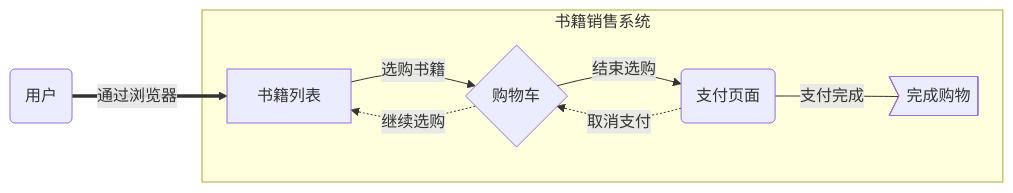
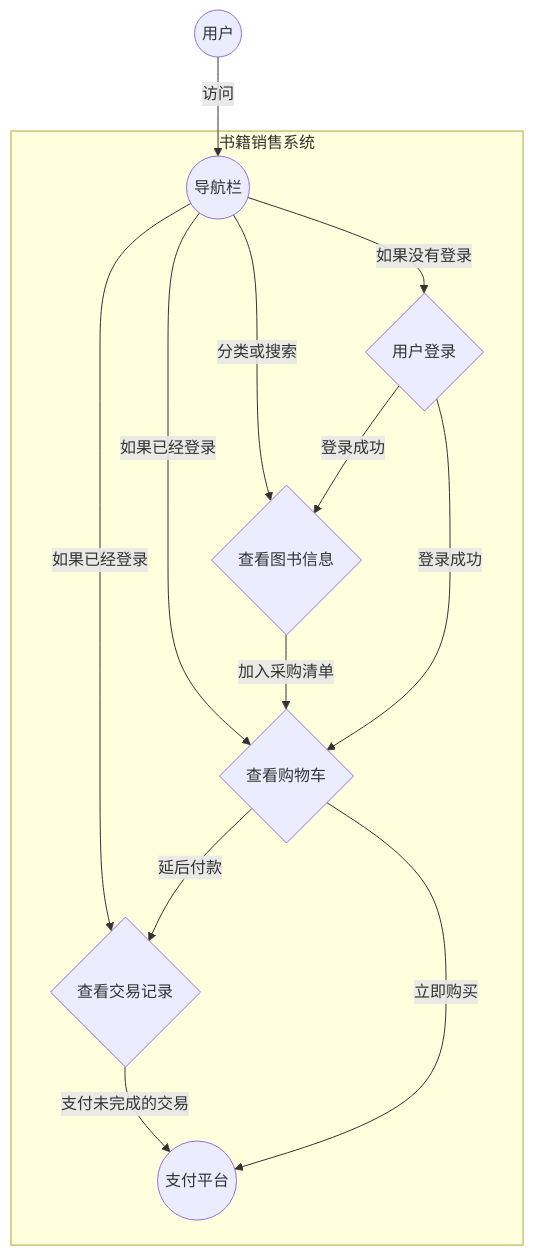
The second of 6 diagrams in src/03_第三章.md (owlman/markdown_guide), drawn with Mermaid before and after one commit. The commit also changed other lines of this file and 3 other files, not shown here.

````diff
--- a/src/03_第三章.md
+++ b/src/03_第三章.md
@@ -471,11 +476,16 @@
 ```Mermaid
-graph LR
-    id1(用户) ==通过浏览器==> id2[书籍列表]
+graph TD
+    id1((用户)) --访问--> id2((导航栏))
     subgraph 书籍销售系统
-        id2 --选购书籍--> id3{购物车}
-        id3 -.继续选购.-> id2
-        id3 --结束选购--> id5(支付页面)
-        id5 -.取消支付.-> id3
-        id5 --支付完成--- id6>完成购物]
+        id2 --分类或搜索--> id3{查看图书信息}
+        id2 --如果没有登录--> id4{用户登录}
+        id2 --如果已经登录--> id5{查看交易记录}
+        id2 --如果已经登录--> id6{查看购物车}
+        id3 --加入采购清单--> id6
+        id4 --登录成功--> id3
+        id4 --登录成功--> id6
+        id5 --支付未完成的交易-->id7((支付平台))
+        id6 --立即购买--> id7
+        id6 --延后付款--> id5
     end
 ```
````
